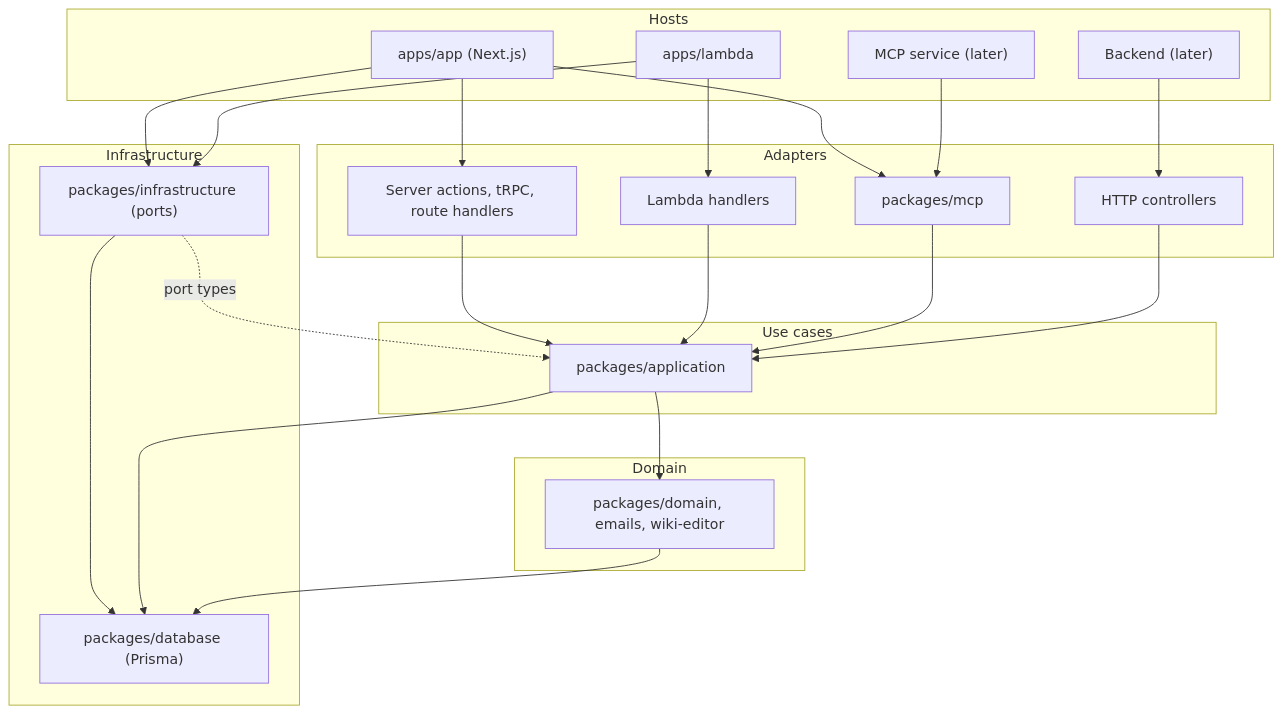
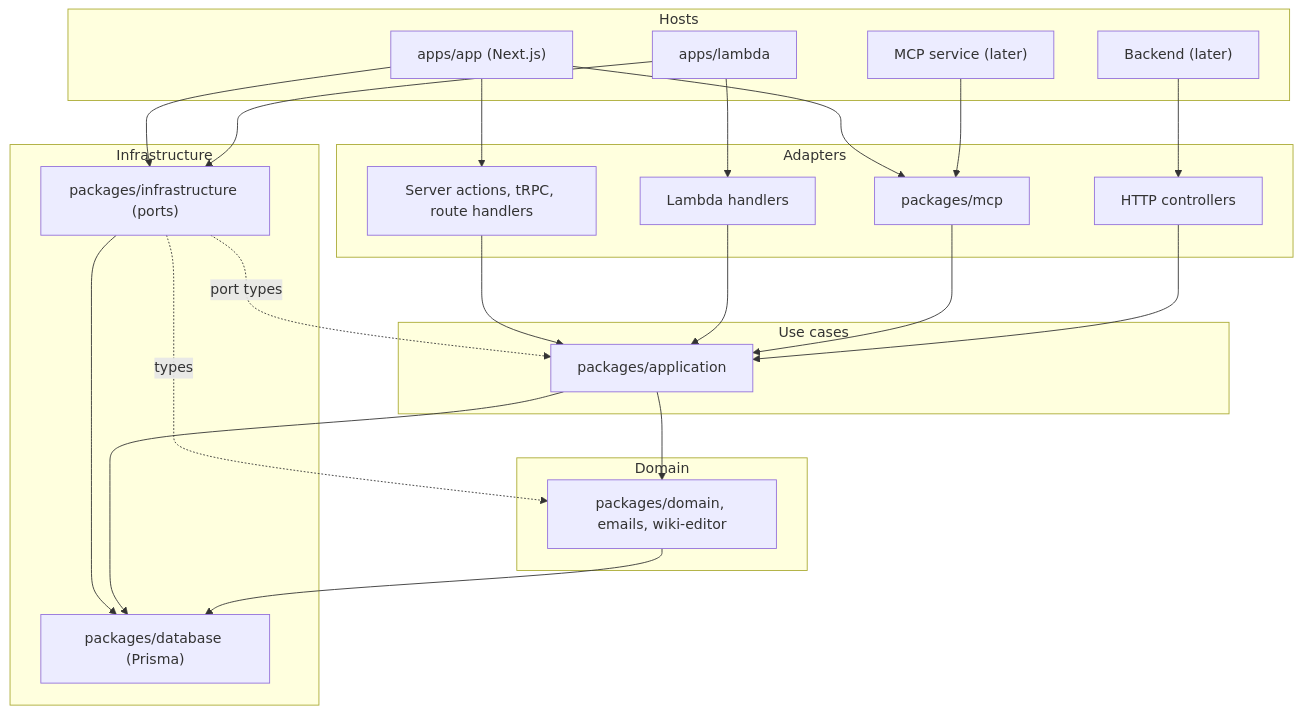
Before and after one commit to simonknittel/sinister-incorporated: the diagram in docs/architecture.md, drawn with Mermaid. The commit also changed other lines of this file, not shown here.

First line of the commit message:
docs: the domain type dependency of infrastructure and the job factory of the Lambda functions

````diff
--- a/docs/architecture.md
+++ b/docs/architecture.md
@@ -60,46 +60,47 @@
 ```mermaid
 flowchart TB
   subgraph hosts [Hosts]
     app["apps/app (Next.js)"]
     lambda["apps/lambda"]
     mcpService["MCP service (later)"]
     backend["Backend (later)"]
   end
 
   subgraph adapters [Adapters]
     nextAdapters["Server actions, tRPC, route handlers"]
     lambdaHandlers["Lambda handlers"]
     mcp["packages/mcp"]
     controllers["HTTP controllers"]
   end
 
   subgraph useCases [Use cases]
     application["packages/application"]
   end
 
   subgraph domain [Domain]
     domainPackages["packages/domain, emails, wiki-editor"]
   end
 
   subgraph infrastructure [Infrastructure]
     infrastructurePackage["packages/infrastructure (ports)"]
     database["packages/database (Prisma)"]
   end
 
   app --> nextAdapters
   app --> mcp
   lambda --> lambdaHandlers
   mcpService --> mcp
   backend --> controllers
   nextAdapters --> application
   lambdaHandlers --> application
   mcp --> application
   controllers --> application
   app --> infrastructurePackage
   lambda --> infrastructurePackage
   infrastructurePackage -. port types .-> application
+  infrastructurePackage -. types .-> domainPackages
   infrastructurePackage --> database
   application --> domainPackages
   application --> database
   domainPackages --> database
 ```
````
